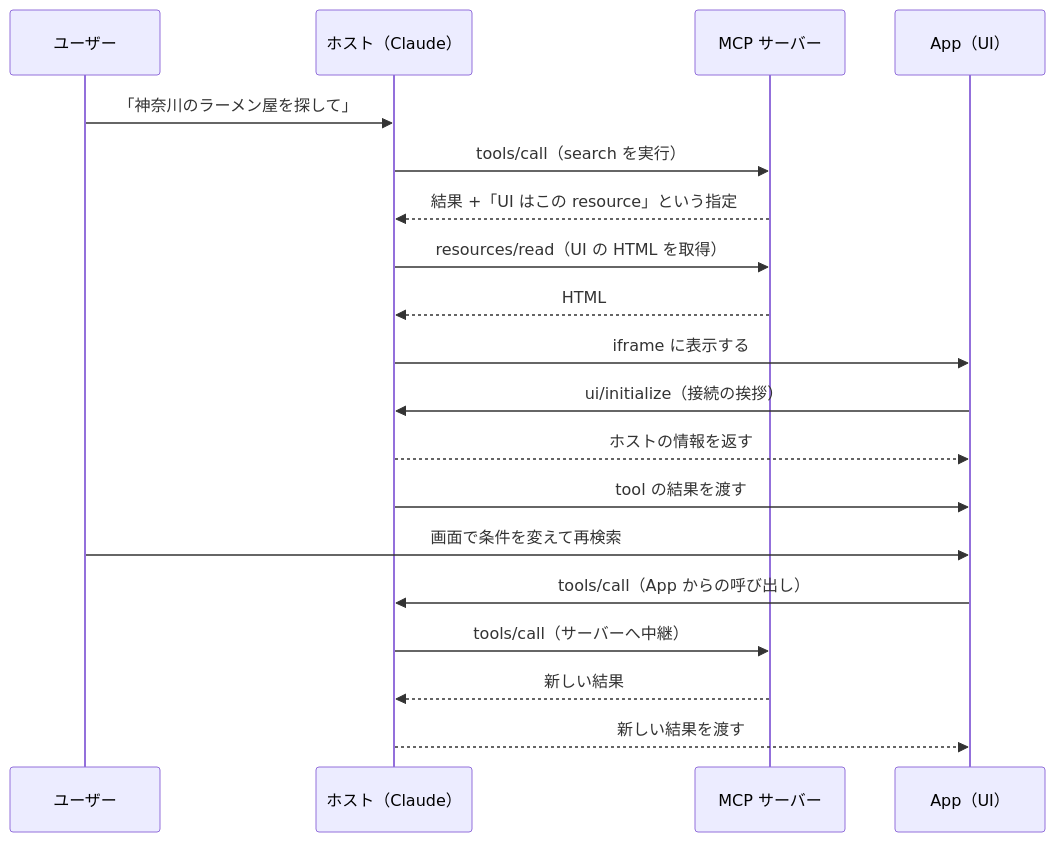
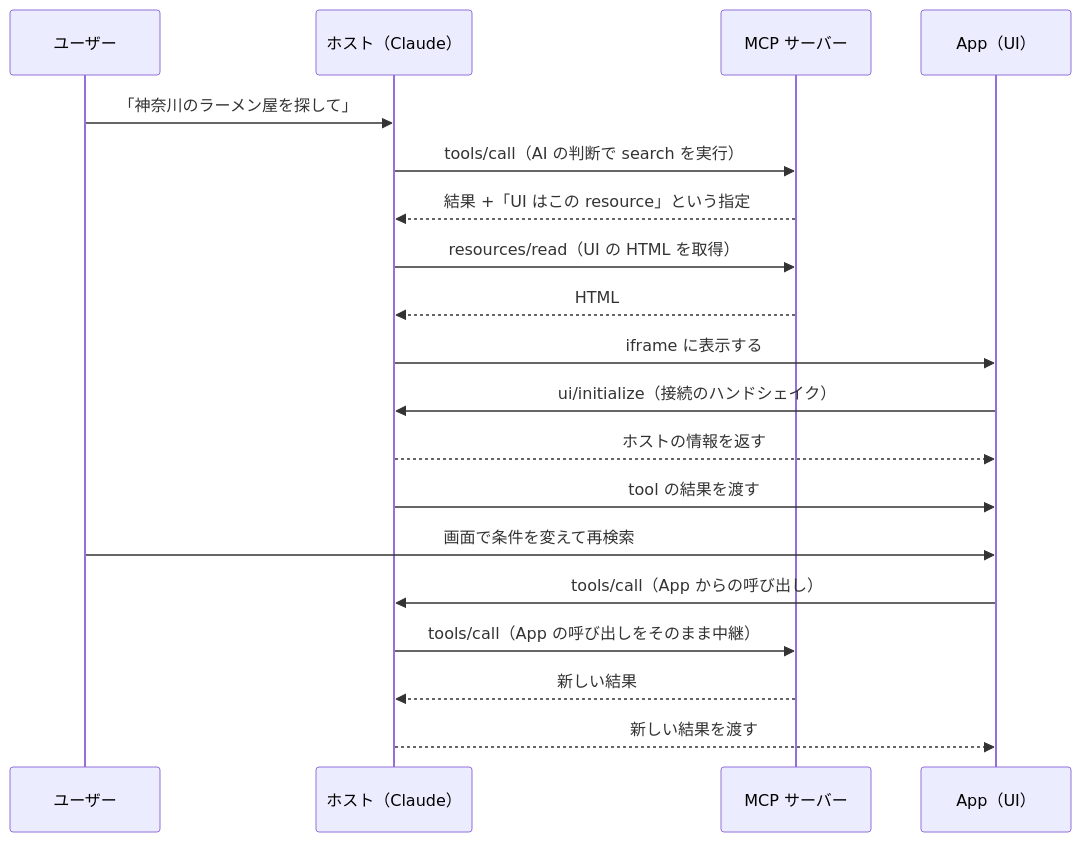
The second of 3 diagrams in public/2026-09-mcp-apps-iekei-ramen.md (yamazaki-yuki-23/qiita-tech-blogs), drawn with Mermaid before and after one commit. The commit also changed other lines of this file, not shown here.

````diff
--- a/public/2026-09-mcp-apps-iekei-ramen.md
+++ b/public/2026-09-mcp-apps-iekei-ramen.md
@@ -160,22 +168,22 @@
 ```mermaid
 sequenceDiagram
     participant U as ユーザー
     participant H as ホスト（Claude）
     participant S as MCP サーバー
     participant A as App（UI）
 
     U->>H: 「神奈川のラーメン屋を探して」
-    H->>S: tools/call（search を実行）
+    H->>S: tools/call（AI の判断で search を実行）
     S-->>H: 結果 +「UI はこの resource」という指定
     H->>S: resources/read（UI の HTML を取得）
     S-->>H: HTML
     H->>A: iframe に表示する
-    A->>H: ui/initialize（接続の挨拶）
+    A->>H: ui/initialize（接続のハンドシェイク）
     H-->>A: ホストの情報を返す
     H->>A: tool の結果を渡す
     U->>A: 画面で条件を変えて再検索
     A->>H: tools/call（App からの呼び出し）
-    H->>S: tools/call（サーバーへ中継）
+    H->>S: tools/call（App の呼び出しをそのまま中継）
     S-->>H: 新しい結果
     H-->>A: 新しい結果を渡す
 ```
````
